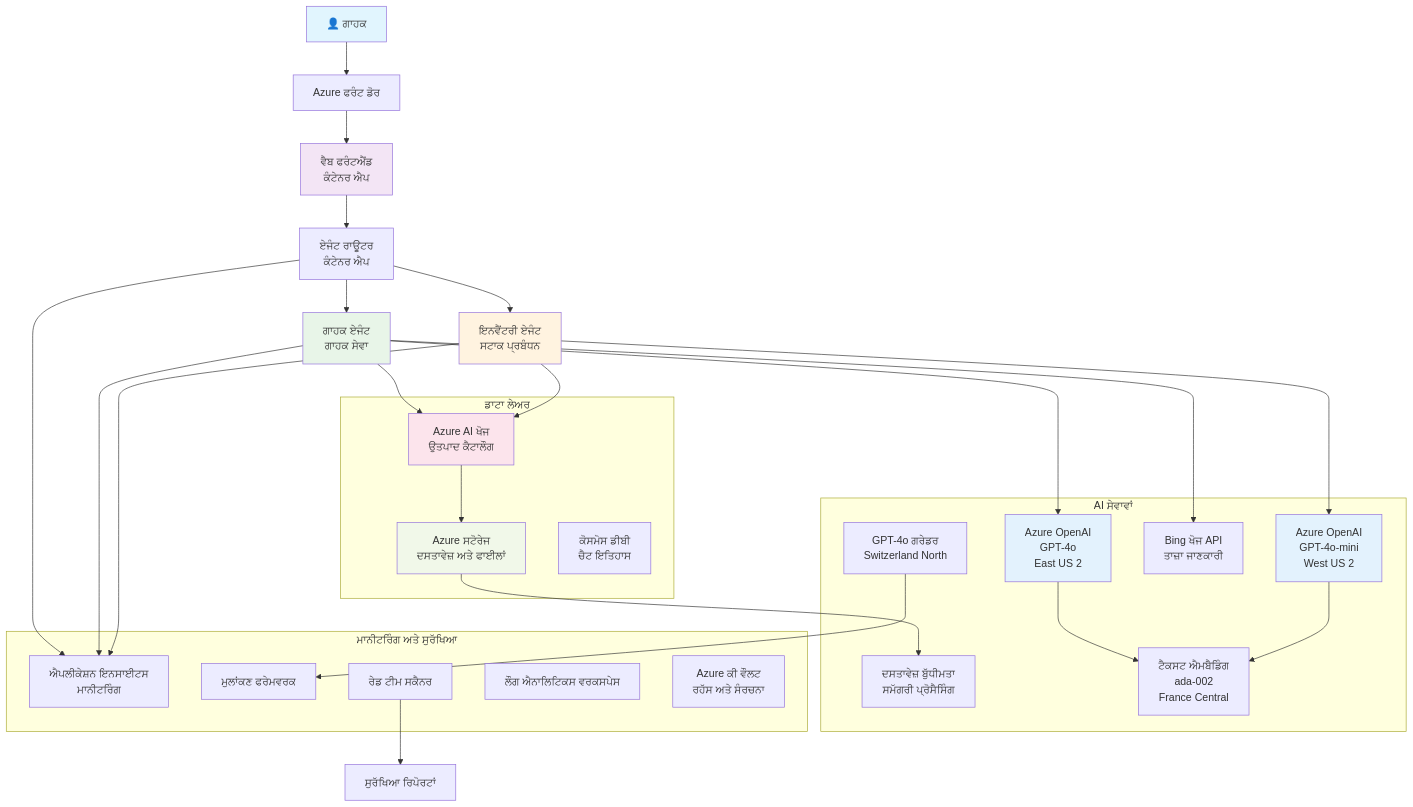
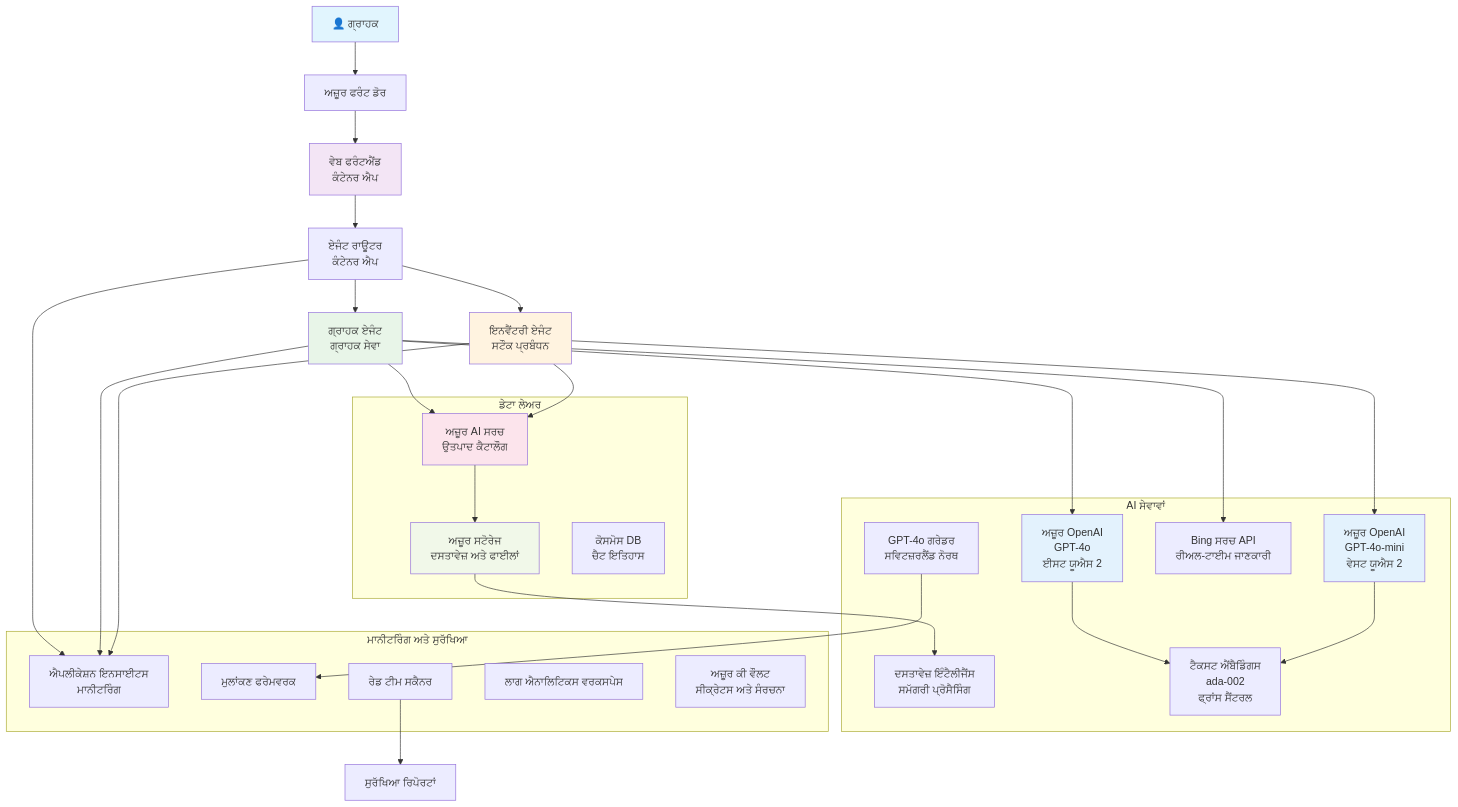
Before and after one commit to microsoft/AZD-for-beginners: the diagram in translations/pa/examples/retail-scenario.md, drawn with Mermaid. The commit also changed other lines of this file and 354 other files, not shown here.

````diff
--- a/translations/pa/examples/retail-scenario.md
+++ b/translations/pa/examples/retail-scenario.md
@@ -148,61 +139,61 @@
 ```mermaid
 graph TB
-    User[👤 ਗਾਹਕ] --> LB[Azure ਫਰੰਟ ਡੋਰ]
-    LB --> WebApp[ਵੈਬ ਫਰੰਟਐਂਡ<br/>ਕੰਟੇਨਰ ਐਪ]
+    User[👤 ਗ੍ਰਾਹਕ] --> LB[ਅਜ਼ੂਰ ਫਰੰਟ ਡੋਰ]
+    LB --> WebApp[ਵੇਬ ਫਰੰਟਐਂਡ<br/>ਕੰਟੇਨਰ ਐਪ]
     
     WebApp --> Router[ਏਜੰਟ ਰਾਊਟਰ<br/>ਕੰਟੇਨਰ ਐਪ]
-    Router --> CustomerAgent[ਗਾਹਕ ਏਜੰਟ<br/>ਗਾਹਕ ਸੇਵਾ]
-    Router --> InvAgent[ਇਨਵੈਂਟਰੀ ਏਜੰਟ<br/>ਸਟਾਕ ਪ੍ਰਬੰਧਨ]
+    Router --> CustomerAgent[ਗ੍ਰਾਹਕ ਏਜੰਟ<br/>ਗ੍ਰਾਹਕ ਸੇਵਾ]
+    Router --> InvAgent[ਇਨਵੈਂਟਰੀ ਏਜੰਟ<br/>ਸਟੌਕ ਪ੍ਰਬੰਧਨ]
     
-    CustomerAgent --> OpenAI1[Azure OpenAI<br/>GPT-4o<br/>East US 2]
-    InvAgent --> OpenAI2[Azure OpenAI<br/>GPT-4o-mini<br/>West US 2]
+    CustomerAgent --> OpenAI1[ਅਜ਼ੂਰ OpenAI<br/>GPT-4o<br/>ਈਸਟ ਯੂਐਸ 2]
+    InvAgent --> OpenAI2[ਅਜ਼ੂਰ OpenAI<br/>GPT-4o-mini<br/>ਵੇਸਟ ਯੂਐਸ 2]
     
-    CustomerAgent --> AISearch[Azure AI ਖੋਜ<br/>ਉਤਪਾਦ ਕੈਟਾਲੌਗ]
-    CustomerAgent --> BingSearch[Bing ਖੋਜ API<br/>ਤਾਜ਼ਾ ਜਾਣਕਾਰੀ]
+    CustomerAgent --> AISearch[ਅਜ਼ੂਰ AI ਸਰਚ<br/>ਉਤਪਾਦ ਕੈਟਾਲੌਗ]
+    CustomerAgent --> BingSearch[Bing ਸਰਚ API<br/>ਰੀਅਲ-ਟਾਈਮ ਜਾਣਕਾਰੀ]
     InvAgent --> AISearch
     
-    AISearch --> Storage[Azure ਸਟੋਰੇਜ<br/>ਦਸਤਾਵੇਜ਼ ਅਤੇ ਫਾਈਲਾਂ]
-    Storage --> DocIntel[ਦਸਤਾਵੇਜ਼ ਬੁੱਧੀਮਤਾ<br/>ਸਮੱਗਰੀ ਪ੍ਰੋਸੈਸਿੰਗ]
+    AISearch --> Storage[ਅਜ਼ੂਰ ਸਟੋਰੇਜ<br/>ਦਸਤਾਵੇਜ਼ ਅਤੇ ਫਾਈਲਾਂ]
+    Storage --> DocIntel[ਦਸਤਾਵੇਜ਼ ਇੰਟੈਲੀਜੈਂਸ<br/>ਸਮੱਗਰੀ ਪ੍ਰੋਸੈਸਿੰਗ]
     
-    OpenAI1 --> Embeddings[ਟੈਕਸਟ ਐਮਬੈਡਿੰਗ<br/>ada-002<br/>France Central]
+    OpenAI1 --> Embeddings[ਟੈਕਸਟ ਐਂਬੈਡਿੰਗਸ<br/>ada-002<br/>ਫ੍ਰਾਂਸ ਸੈਂਟਰਲ]
     OpenAI2 --> Embeddings
     
     Router --> AppInsights[ਐਪਲੀਕੇਸ਼ਨ ਇਨਸਾਈਟਸ<br/>ਮਾਨੀਟਰਿੰਗ]
     CustomerAgent --> AppInsights
     InvAgent --> AppInsights
     
-    GraderModel[GPT-4o ਗਰੇਡਰ<br/>Switzerland North] --> Evaluation[ਮੁਲਾਂਕਣ ਫਰੇਮਵਰਕ]
+    GraderModel[GPT-4o ਗਰੇਡਰ<br/>ਸਵਿਟਜ਼ਰਲੈਂਡ ਨੋਰਥ] --> Evaluation[ਮੁਲਾਂਕਣ ਫਰੇਮਵਰਕ]
     RedTeam[ਰੇਡ ਟੀਮ ਸਕੈਨਰ] --> SecurityReports[ਸੁਰੱਖਿਆ ਰਿਪੋਰਟਾਂ]
     
-    subgraph "ਡਾਟਾ ਲੇਅਰ"
+    subgraph "ਡੇਟਾ ਲੇਅਰ"
         Storage
         AISearch
-        CosmosDB[ਕੋਸਮੋਸ ਡੀਬੀ<br/>ਚੈਟ ਇਤਿਹਾਸ]
+        CosmosDB[ਕੋਸਮੋਸ DB<br/>ਚੈਟ ਇਤਿਹਾਸ]
     end
     
     subgraph "AI ਸੇਵਾਵਾਂ"
         OpenAI1
         OpenAI2
         Embeddings
         GraderModel
         DocIntel
         BingSearch
     end
     
     subgraph "ਮਾਨੀਟਰਿੰਗ ਅਤੇ ਸੁਰੱਖਿਆ"
         AppInsights
-        LogAnalytics[ਲੌਗ ਐਨਾਲਿਟਿਕਸ ਵਰਕਸਪੇਸ]
-        KeyVault[Azure ਕੀ ਵੌਲਟ<br/>ਰਹੱਸ ਅਤੇ ਸੰਰਚਨਾ]
+        LogAnalytics[ਲਾਗ ਐਨਾਲਿਟਿਕਸ ਵਰਕਸਪੇਸ]
+        KeyVault[ਅਜ਼ੂਰ ਕੀ ਵੌਲਟ<br/>ਸੀਕ੍ਰੇਟਸ ਅਤੇ ਸੰਰਚਨਾ]
         RedTeam
         Evaluation
     end
     
     style User fill:#e1f5fe
     style WebApp fill:#f3e5f5
     style CustomerAgent fill:#e8f5e8
     style InvAgent fill:#fff3e0
     style OpenAI1 fill:#e3f2fd
     style OpenAI2 fill:#e3f2fd
     style AISearch fill:#fce4ec
     style Storage fill:#f1f8e9
 ```
````
